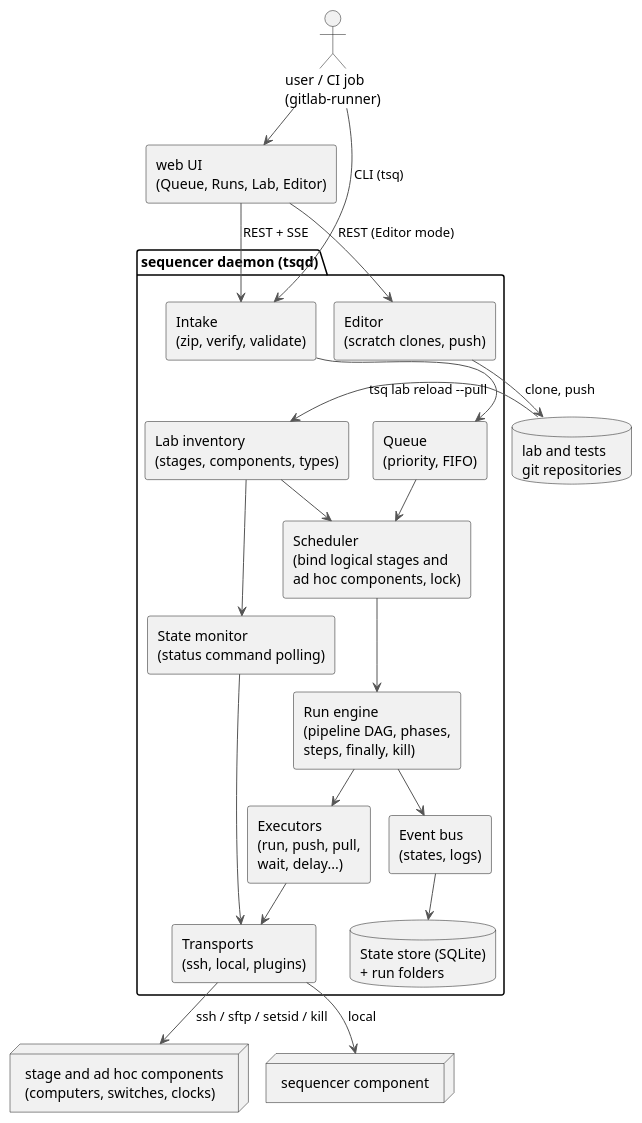
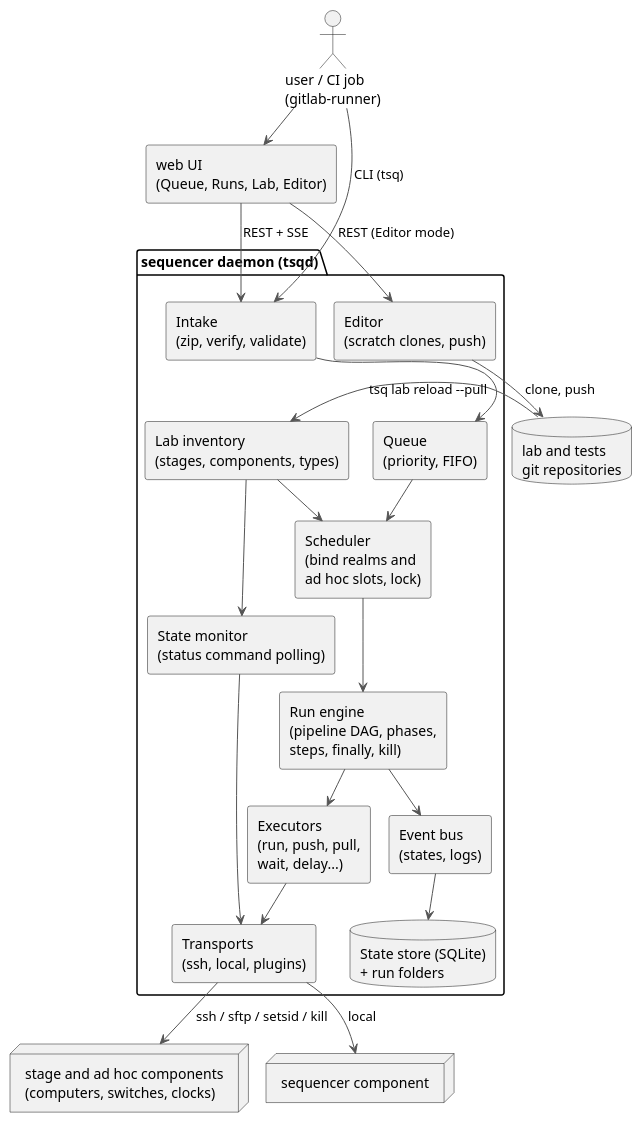
One commit to laurentmldev/testsuit changed the diagram in docs/diagrams/overview.puml. Above: the diagram before and after it, drawn with PlantUML. The commit also changed 10 other files, not shown here.

First line of the commit message:
Restructure the sequencer README around a user manual

```diff
--- a/docs/diagrams/overview.puml
+++ b/docs/diagrams/overview.puml
@@ -1,47 +1,47 @@
 @startuml overview
 !pragma layout smetana
 skinparam componentStyle rectangle
 skinparam shadowing false
 skinparam defaultFontName Helvetica
 skinparam ArrowColor #555555
 
 actor "user / CI job\n(gitlab-runner)" as user
 component "web UI\n(Queue, Runs, Lab, Editor)" as ui
 
 package "sequencer daemon (tsqd)" {
   component "Intake\n(zip, verify, validate)" as intake
   component "Queue\n(priority, FIFO)" as queue
-  component "Scheduler\n(bind logical stages and\nad hoc components, lock)" as sched
+  component "Scheduler\n(bind realms and\nad hoc slots, lock)" as sched
   component "Run engine\n(pipeline DAG, phases,\nsteps, finally, kill)" as engine
   component "Executors\n(run, push, pull,\nwait, delay...)" as exec
   component "Transports\n(ssh, local, plugins)" as transports
   component "Lab inventory\n(stages, components, types)" as lab
   component "State monitor\n(status command polling)" as monitor
   component "Event bus\n(states, logs)" as bus
   database "State store (SQLite)\n+ run folders" as store
   component "Editor\n(scratch clones, push)" as editor
 }
 
 node "stage and ad hoc components\n(computers, switches, clocks)" as remote
 node "sequencer component" as local
 database "lab and tests\ngit repositories" as git
 
 user --> intake : CLI (tsq)
 user --> ui
 ui --> intake : REST + SSE
 ui --> editor : REST (Editor mode)
 intake --> queue
 queue --> sched
 sched --> engine
 engine --> exec
 exec --> transports
 lab --> sched
 lab --> monitor
 monitor --> transports
 engine --> bus
 bus --> store
 editor --> git : clone, push
 git --> lab : tsq lab reload --pull
 transports --> remote : ssh / sftp / setsid / kill
 transports --> local : local
 @enduml
```
